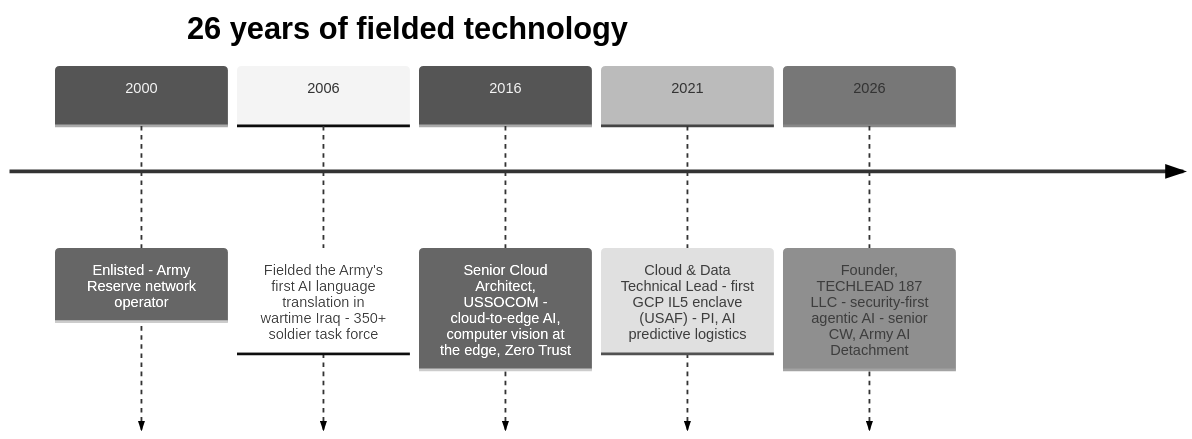
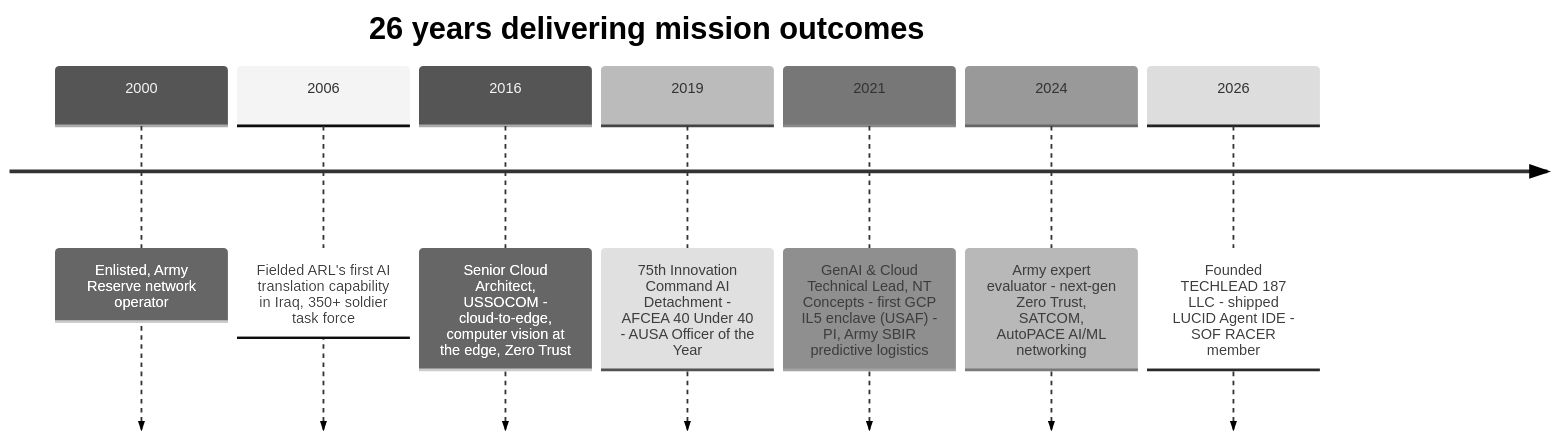
One commit to mlcyclops/mlcyclops changed the diagram in README.md. Above: the diagram before and after it, drawn with Mermaid (neutral theme). The commit also changed other lines of this file and 50 other files, not shown here.

First line of the commit message:
feat: align profile with techlead187.com, lucid-agents.com and aiworkshopapps.com

````diff
--- a/README.md
+++ b/README.md
@@ -151,9 +302,11 @@
 ```mermaid
 timeline
-    title 26 years of fielded technology
-    2000 : Enlisted - Army Reserve network operator
-    2006 : Fielded the Army's first AI language translation in wartime Iraq - 350+ soldier task force
-    2016 : Senior Cloud Architect, USSOCOM - cloud-to-edge AI, computer vision at the edge, Zero Trust
-    2021 : Cloud & Data Technical Lead - first GCP IL5 enclave (USAF) - PI, AI predictive logistics
-    2026 : Founder, TECHLEAD 187 LLC - security-first agentic AI - senior CW, Army AI Detachment
+    title 26 years delivering mission outcomes
+    2000 : Enlisted, Army Reserve network operator
+    2006 : Fielded ARL's first AI translation capability in Iraq, 350+ soldier task force
+    2016 : Senior Cloud Architect, USSOCOM - cloud-to-edge, computer vision at the edge, Zero Trust
+    2019 : 75th Innovation Command AI Detachment - AFCEA 40 Under 40 - AUSA Officer of the Year
+    2021 : GenAI & Cloud Technical Lead, NT Concepts - first GCP IL5 enclave (USAF) - PI, Army SBIR predictive logistics
+    2024 : Army expert evaluator - next-gen Zero Trust, SATCOM, AutoPACE AI/ML networking
+    2026 : Founded TECHLEAD 187 LLC - shipped LUCID Agent IDE - SOF RACER member
 ```
````
